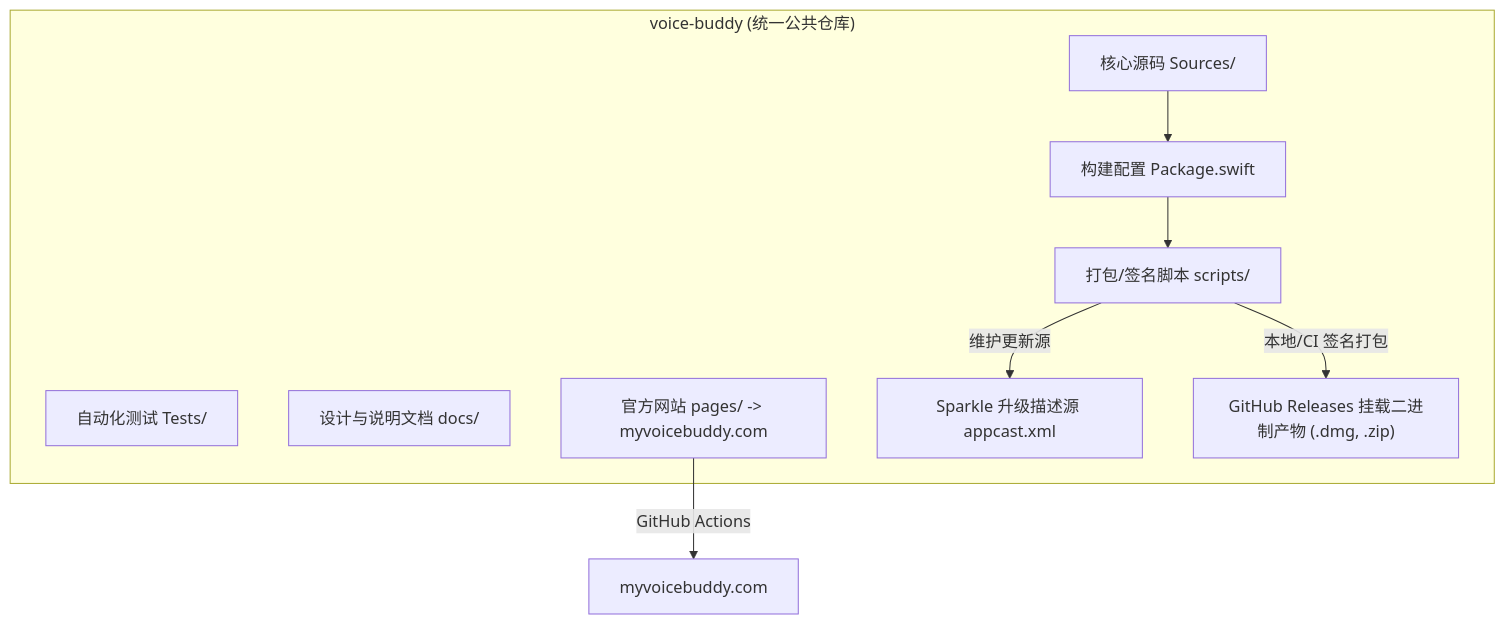
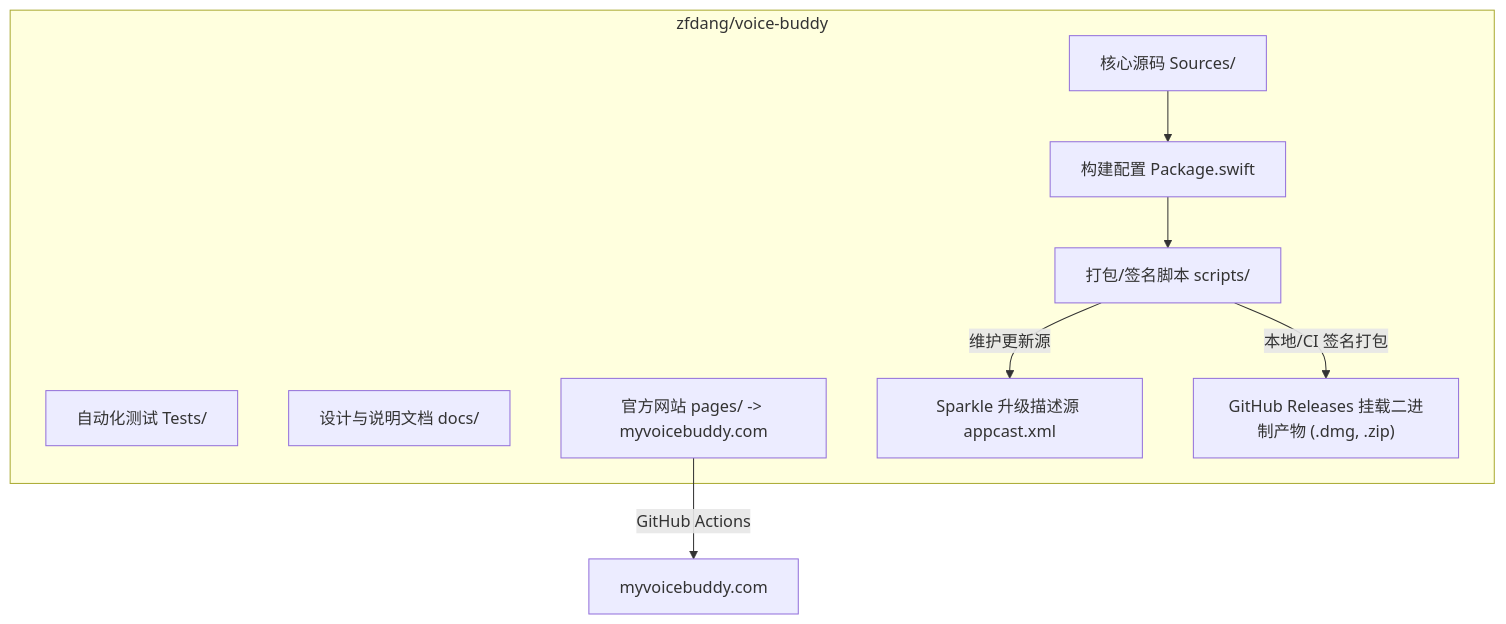
The diagram in docs/repository-governance.md (zfdang/voice-buddy), drawn with Mermaid before and after one commit. The commit also changed other lines of this file and 3 other files, not shown here.

````diff
--- a/docs/repository-governance.md
+++ b/docs/repository-governance.md
@@ -13,19 +13,19 @@
 ```mermaid
 flowchart TD
-    subgraph Repo["voice-buddy (统一公共仓库)"]
+    subgraph Repo["zfdang/voice-buddy"]
         Code["核心源码 Sources/"]
         Tests["自动化测试 Tests/"]
         BuildConf["构建配置 Package.swift"]
         Scripts["打包/签名脚本 scripts/"]
         Docs["设计与说明文档 docs/"]
         Pages["官方网站 pages/ -> myvoicebuddy.com"]
         Appcast["Sparkle 升级描述源 appcast.xml"]
         Releases["GitHub Releases 挂载二进制产物 (.dmg, .zip)"]
     end
 
     Code --> BuildConf
     BuildConf --> Scripts
     Scripts -->|本地/CI 签名打包| Releases
     Scripts -->|维护更新源| Appcast
     Pages -->|GitHub Actions| WebSite["myvoicebuddy.com"]
 ```
````
